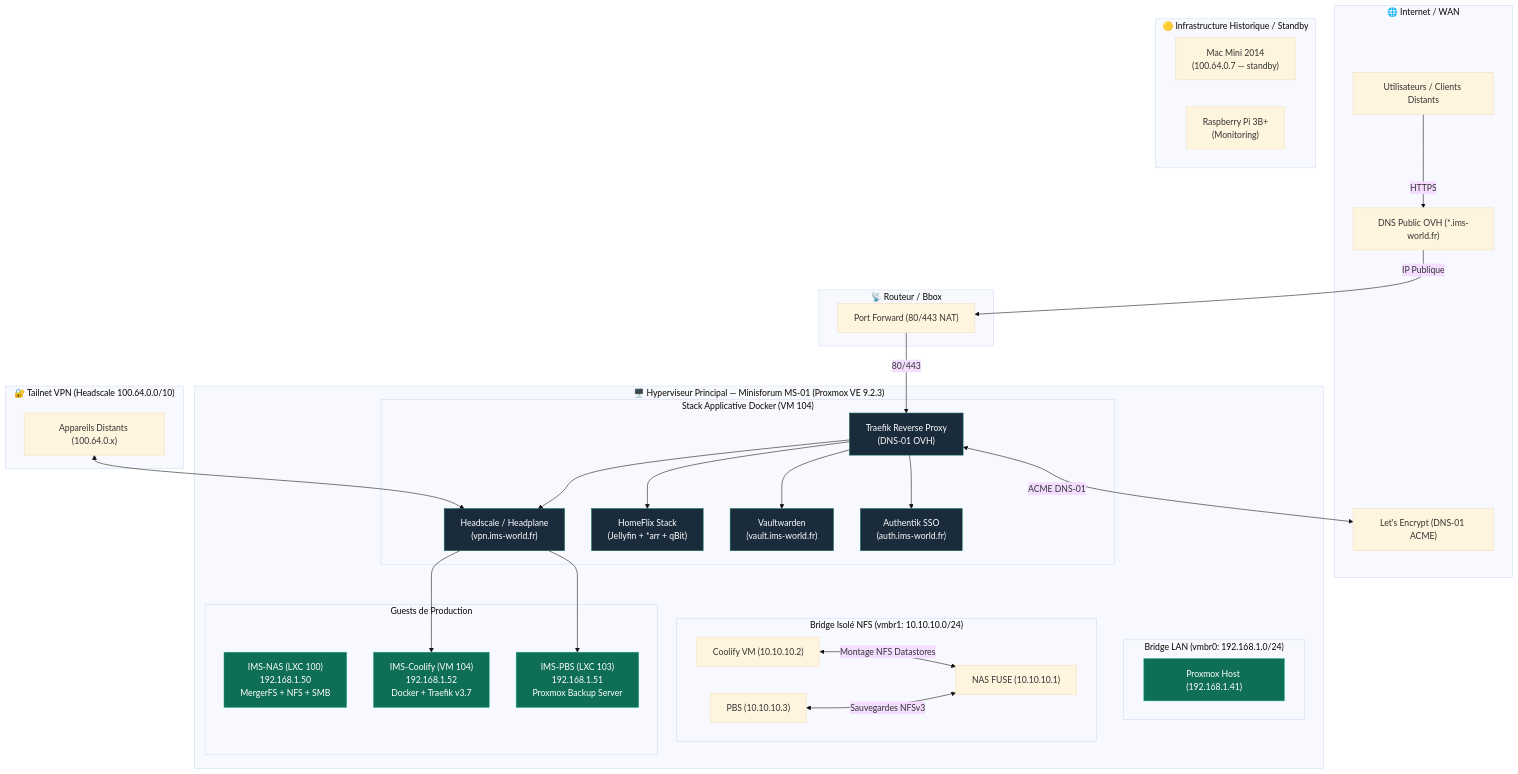
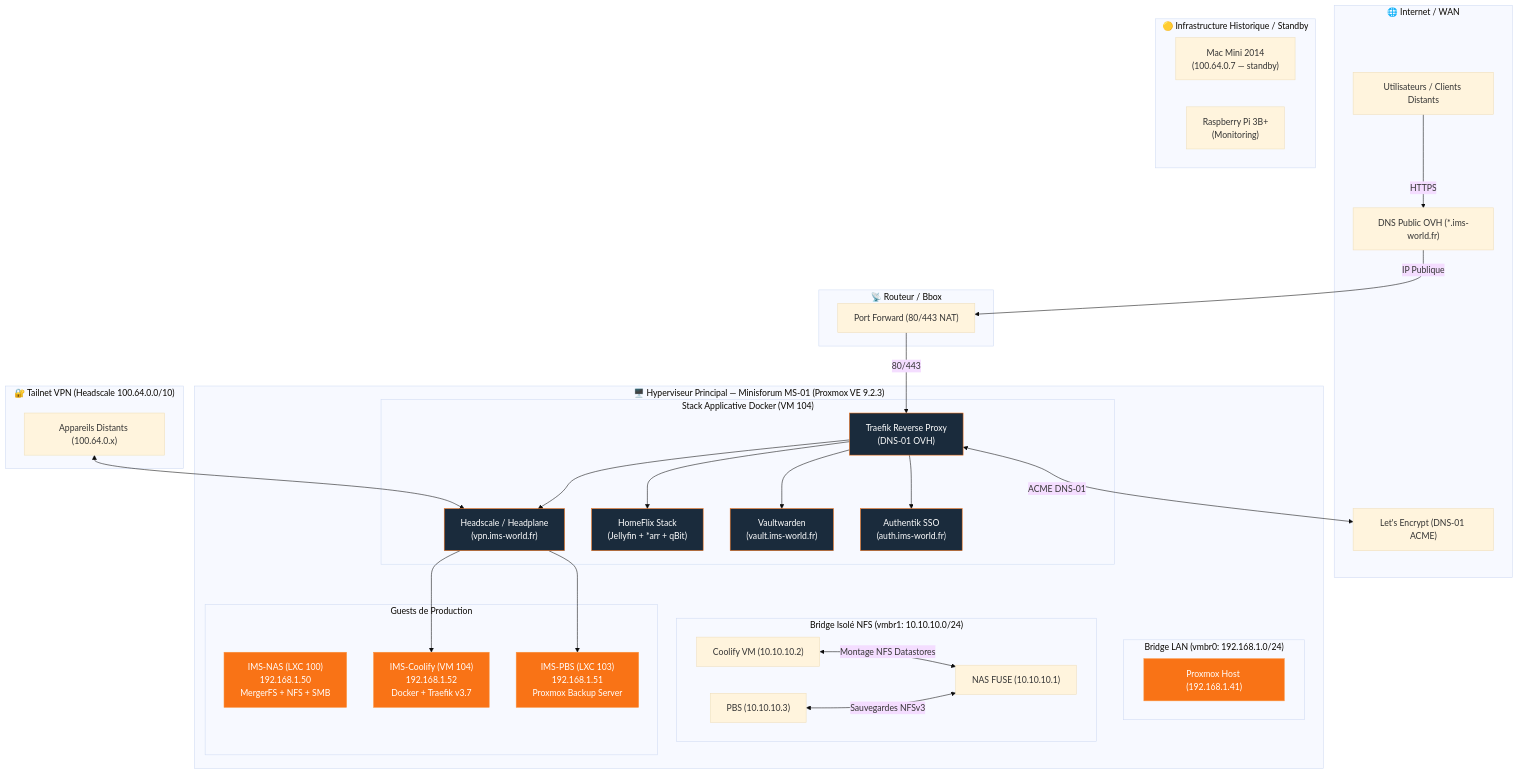
Before and after one commit to ims-world/docs: the diagram in index.md, drawn with Mermaid (base theme). The commit also changed other lines of this file and 5 other files, not shown here.

````diff
--- a/index.md
+++ b/index.md
@@ -26,75 +49,71 @@
 ```mermaid
 flowchart TB
     subgraph WAN ["🌐 Internet / WAN"]
         USERS["Utilisateurs / Clients Distants"]
         DNS["DNS Public OVH (*.ims-world.fr)"]
         ACME["Let's Encrypt (DNS-01 ACME)"]
     end
 
     subgraph ROUTER ["📡 Routeur / Bbox"]
         PF["Port Forward (80/443 NAT)"]
     end
 
     subgraph PROXMOX ["🖥️ Hyperviseur Principal — Minisforum MS-01 (Proxmox VE 9.2.3)"]
         subgraph VMBR0 ["Bridge LAN (vmbr0: 192.168.1.0/24)"]
             PVE_HOST["Proxmox Host (192.168.1.41)"]
         end
 
         subgraph VMBR1 ["Bridge Isolé NFS (vmbr1: 10.10.10.0/24)"]
             direction LR
             NAS_ISO["NAS FUSE (10.10.10.1)"]
             PBS_ISO["PBS (10.10.10.3)"]
             COOL_ISO["Coolify VM (10.10.10.2)"]
         end
 
         subgraph GUESTS ["Guests de Production"]
             LXC_NAS["IMS-NAS (LXC 100)\n192.168.1.50\nMergerFS + NFS + SMB"]
             LXC_PBS["IMS-PBS (LXC 103)\n192.168.1.51\nProxmox Backup Server"]
             VM_COOLIFY["IMS-Coolify (VM 104)\n192.168.1.52\nDocker + Traefik v3.7"]
         end
 
         subgraph DOCKER_STACK ["Stack Applicative Docker (VM 104)"]
             TRAEFIK["Traefik Reverse Proxy\n(DNS-01 OVH)"]
             AUTH["Authentik SSO\n(auth.ims-world.fr)"]
             VAULT["Vaultwarden\n(vault.ims-world.fr)"]
             HOMEFLIX["HomeFlix Stack\n(Jellyfin + *arr + qBit)"]
             HEADSCALE["Headscale / Headplane\n(vpn.ims-world.fr)"]
         end
     end
 
     subgraph TAILNET ["🔐 Tailnet VPN (Headscale 100.64.0.0/10)"]
         CLIENTS["Appareils Distants (100.64.0.x)"]
     end
 
     subgraph STANDBY ["🟡 Infrastructure Historique / Standby"]
         MAC_MINI["Mac Mini 2014\n(100.64.0.7 — standby)"]
         RPI["Raspberry Pi 3B+\n(Monitoring)"]
     end
 
-    %% Connexions WAN et Réseau
     USERS -->|HTTPS| DNS
     DNS -->|IP Publique| PF
     PF -->|80/443| TRAEFIK
     TRAEFIK <-->|ACME DNS-01| ACME
 
-    %% Routage Interne Traefik
     TRAEFIK --> AUTH
     TRAEFIK --> VAULT
     TRAEFIK --> HOMEFLIX
     TRAEFIK --> HEADSCALE
 
-    %% Liaisons NFS Interne vmbr1
     COOL_ISO <-->|Montage NFS Datastores| NAS_ISO
     PBS_ISO <-->|Sauvegardes NFSv3| NAS_ISO
 
-    %% Liaisons Tailscale
     CLIENTS <--> HEADSCALE
     HEADSCALE --> LXC_PBS
     HEADSCALE --> VM_COOLIFY
 
-    classDef host fill:#0F6E56,stroke:#16A085,color:#fff;
-    classDef guest fill:#1a2b3c,stroke:#0F6E56,color:#fff;
+    classDef host fill:#F97316,stroke:#FB923C,color:#fff;
+    classDef guest fill:#1a2b3c,stroke:#F97316,color:#fff;
     classDef wan fill:#2c3e50,stroke:#34495e,color:#fff;
     class PVE_HOST,LXC_NAS,LXC_PBS,VM_COOLIFY host;
     class TRAEFIK,AUTH,VAULT,HOMEFLIX,HEADSCALE guest;
 ```
````
